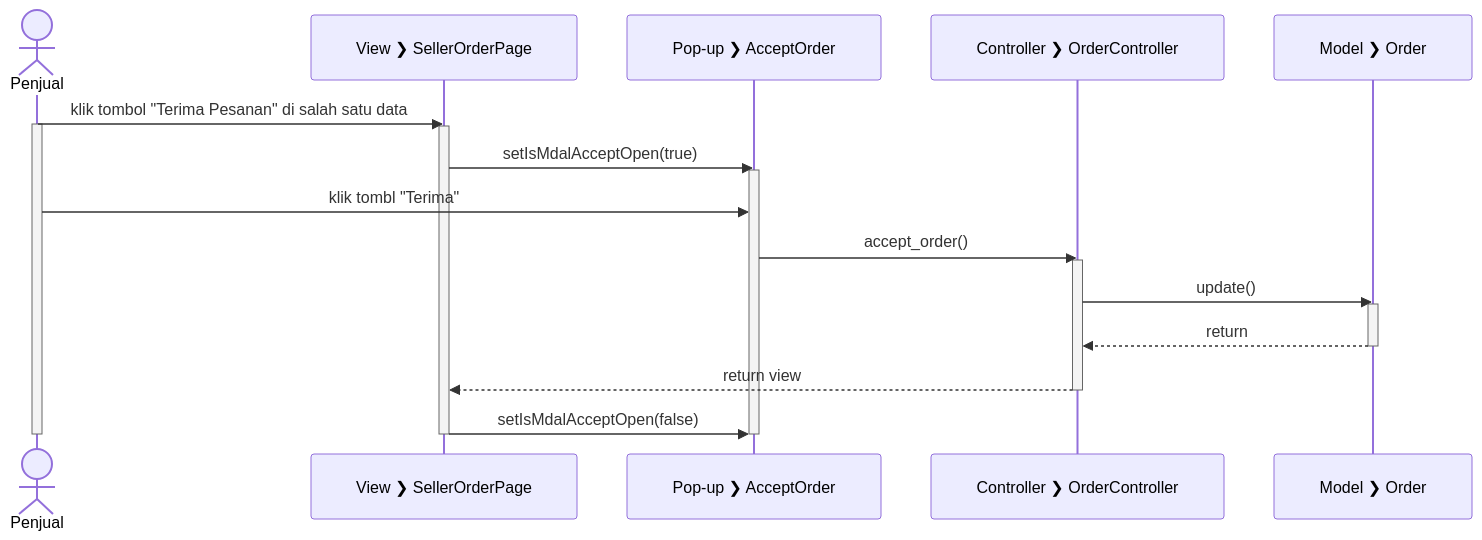
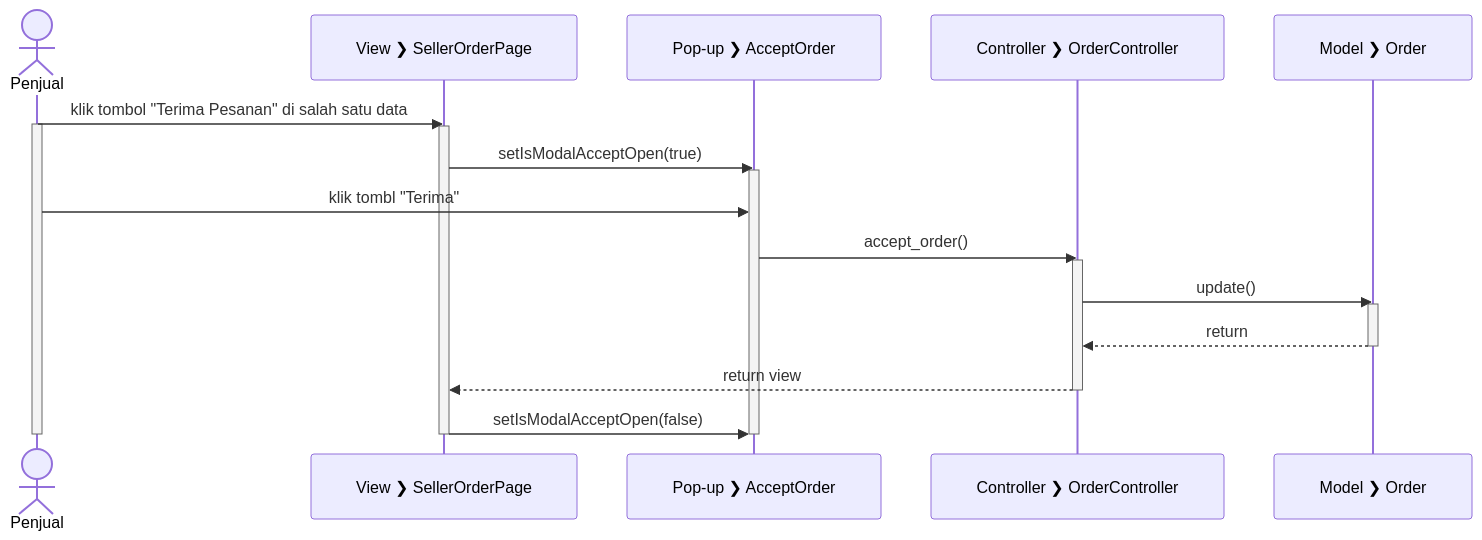
The diagram in sequence/AcceptStoreOrders.mmd (rizalgrandonk/salesprint-diagrams), drawn with Mermaid before and after one commit. The commit also changed 11 other files, not shown here.

```diff
--- a/sequence/AcceptStoreOrders.mmd
+++ b/sequence/AcceptStoreOrders.mmd
@@ -1,40 +1,40 @@
 sequenceDiagram
   actor Penjual
   participant V_OP as View #10095; SellerOrderPage
   participant P_AO as Pop-up #10095; AcceptOrder
   participant C_O as Controller #10095; OrderController
   participant M_O as Model #10095; Order
 
   Penjual->>V_OP: klik tombol "Terima Pesanan" di salah satu data
   
   activate Penjual
 
   activate V_OP
 
-  V_OP->>P_AO: setIsMdalAcceptOpen(true)
+  V_OP->>P_AO: setIsModalAcceptOpen(true)
 
   activate P_AO
 
   Penjual->>P_AO: klik tombl "Terima"
   P_AO->>C_O: accept_order()
 
   activate C_O
 
   C_O->>M_O: update()
   
   activate M_O
   
   M_O-->>C_O: return
 
   deactivate M_O
 
   C_O-->>V_OP: return view
 
   deactivate C_O
   
-  V_OP->>P_AO: setIsMdalAcceptOpen(false)
+  V_OP->>P_AO: setIsModalAcceptOpen(false)
 
   deactivate P_AO
   deactivate V_OP
   
   deactivate Penjual
```
